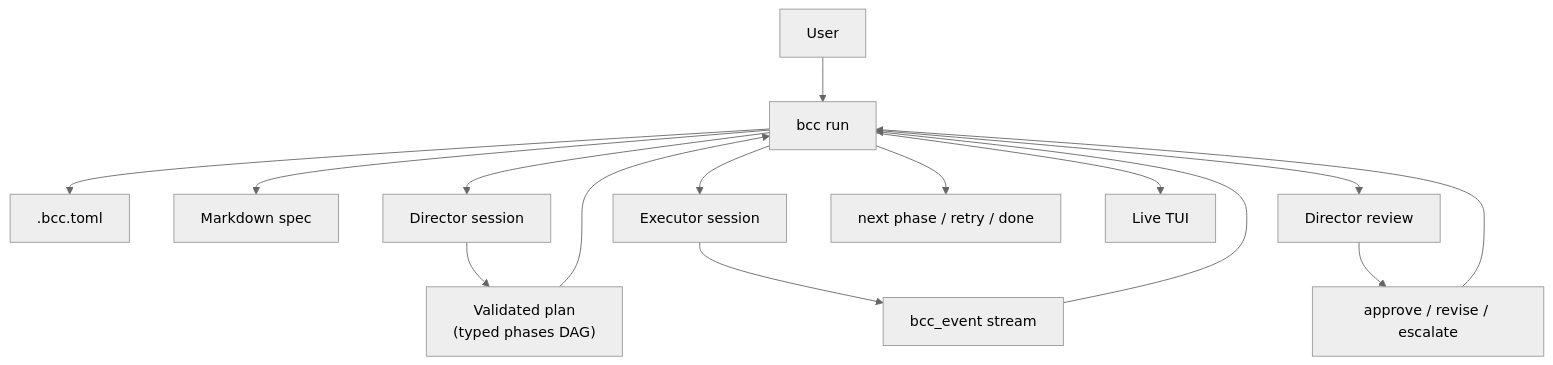
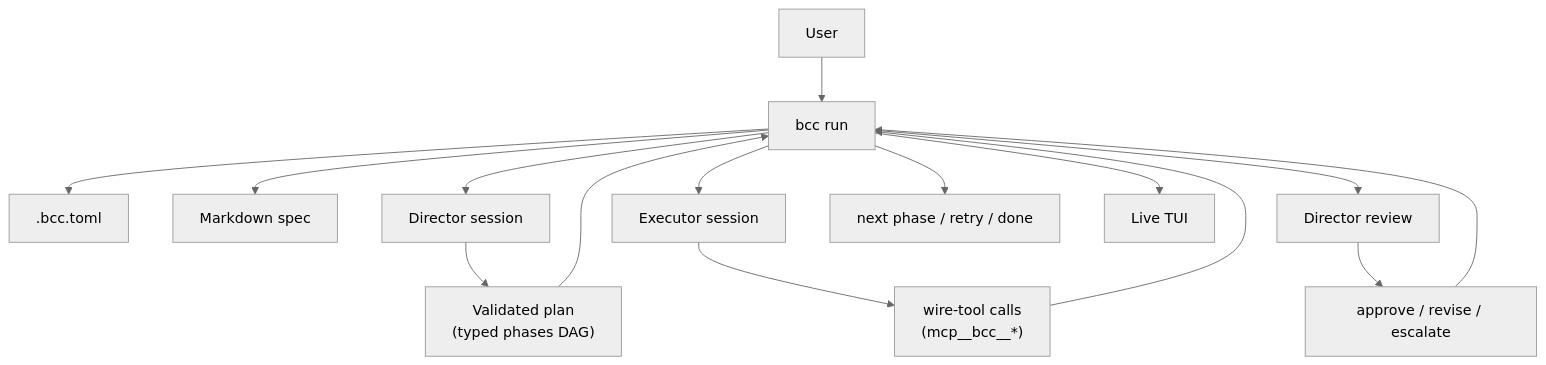
The first of 2 diagrams in docs/specs/director/index.md (fgmacedo/buchecha), drawn with Mermaid (neutral theme) before and after one commit. The commit also changed other lines of this file and 145 other files, not shown here.

First line of the commit message:
director: introduce Director role with DAG-driven plan/brief/review pipeline and MCP wire protocol

````diff
--- a/docs/specs/director/index.md
+++ b/docs/specs/director/index.md
@@ -66,17 +66,17 @@
 ```mermaid
 graph TD
     USER[User] --> BCC[bcc run]
     BCC --> CFG[".bcc.toml"]
     BCC --> SPEC[Markdown spec]
     BCC --> DIR[Director session]
     DIR --> PLAN["Validated plan<br/>(typed phases DAG)"]
     PLAN --> BCC
     BCC --> EXEC[Executor session]
-    EXEC --> EVT[bcc_event stream]
+    EXEC --> EVT["wire-tool calls<br/>(mcp__bcc__*)"]
     EVT --> BCC
     BCC --> REV[Director review]
     REV --> VERDICT["approve / revise / escalate"]
     VERDICT --> BCC
     BCC --> NEXT["next phase / retry / done"]
     BCC --> TUI[Live TUI]
 ```
````
